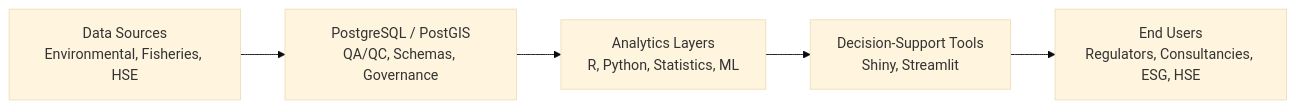
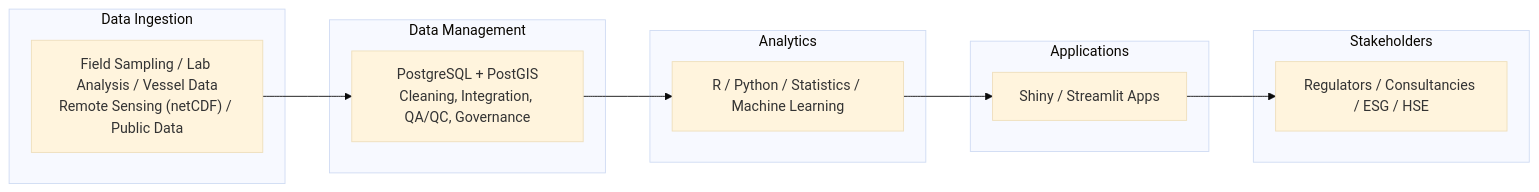
Before and after one commit to Euchie23/Euchie23: the first of 2 diagrams in README.md, drawn with Mermaid (base theme).

````diff
--- a/README.md
+++ b/README.md
@@ -38,10 +38,25 @@
 ```mermaid
 flowchart LR
-    A[Data Sources<br/>Environmental, Fisheries, HSE]
-    B[PostgreSQL / PostGIS<br/>QA/QC, Schemas, Governance]
-    C[Analytics Layers<br/>R, Python, Statistics, ML]
-    D[Decision-Support Tools<br/>Shiny, Streamlit]
-    E[End Users<br/>Regulators, Consultancies, ESG, HSE]
 
-    A --> B --> C --> D --> E
+  subgraph S1["Data Ingestion"]
+    A["Field Sampling / Lab Analysis / Vessel Data\nRemote Sensing (netCDF) / Public Data"]
+  end
+
+  subgraph S2["Data Management"]
+    B["PostgreSQL + PostGIS\nCleaning, Integration, QA/QC, Governance"]
+  end
+
+  subgraph S3["Analytics"]
+    C["R / Python / Statistics / Machine Learning"]
+  end
+
+  subgraph S4["Applications"]
+    D["Shiny / Streamlit Apps"]
+  end
+
+  subgraph S5["Stakeholders"]
+    E["Regulators / Consultancies / ESG / HSE"]
+  end
+
+  A --> B --> C --> D --> E
 ```
````
